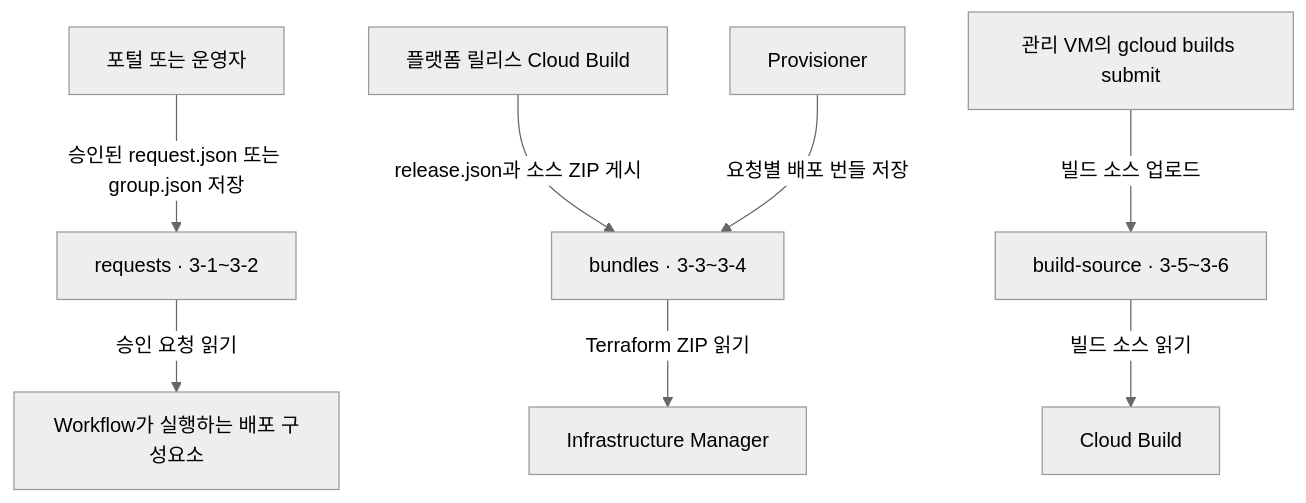
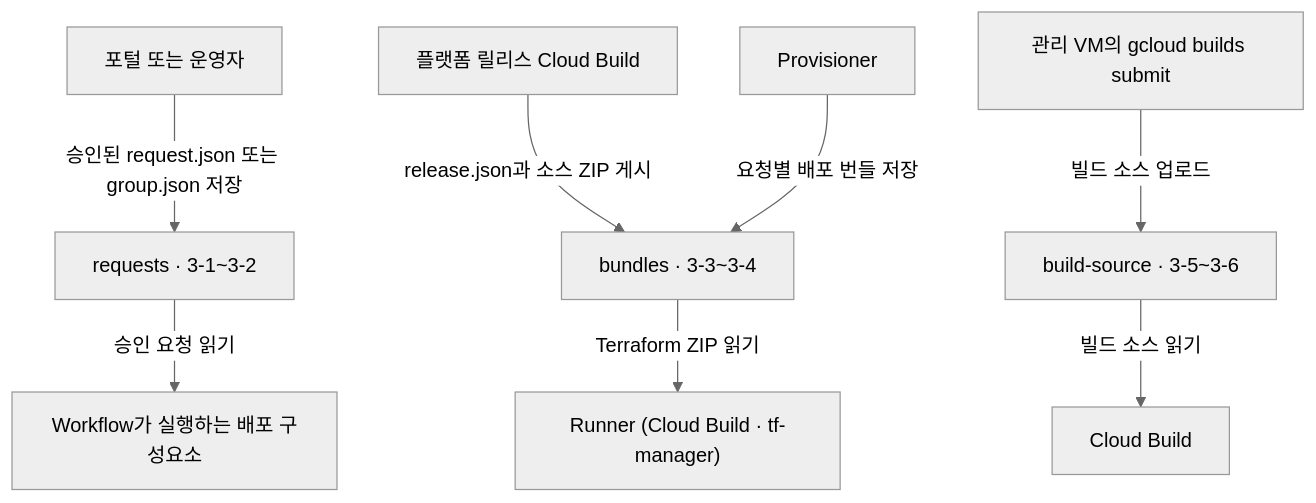
Before and after one commit to sonmap/GCP_SBX_Test03: the eighth of 9 diagrams in 02.infra-setup/infra-setup-commend.md, drawn with Mermaid (neutral theme). The commit also changed other lines of this file and 15 other files, not shown here.

First line of the commit message:
Run every Terraform stage in the runner with one state layout

````diff
--- a/02.infra-setup/infra-setup-commend.md
+++ b/02.infra-setup/infra-setup-commend.md
@@ -1338,10 +1335,10 @@
 ```mermaid
 flowchart TD
     P["포털 또는 운영자"] -->|승인된 request.json 또는 group.json 저장| R["requests · 3-1~3-2"]
     R -->|승인 요청 읽기| W["Workflow가 실행하는 배포 구성요소"]
     S["플랫폼 릴리스 Cloud Build"] -->|release.json과 소스 ZIP 게시| B["bundles · 3-3~3-4"]
     V["Provisioner"] -->|요청별 배포 번들 저장| B
-    B -->|Terraform ZIP 읽기| I["Infrastructure Manager"]
+    B -->|Terraform ZIP 읽기| I["Runner (Cloud Build · tf-manager)"]
     M["관리 VM의 gcloud builds submit"] -->|빌드 소스 업로드| U["build-source · 3-5~3-6"]
     U -->|빌드 소스 읽기| C["Cloud Build"]
 ```
````
